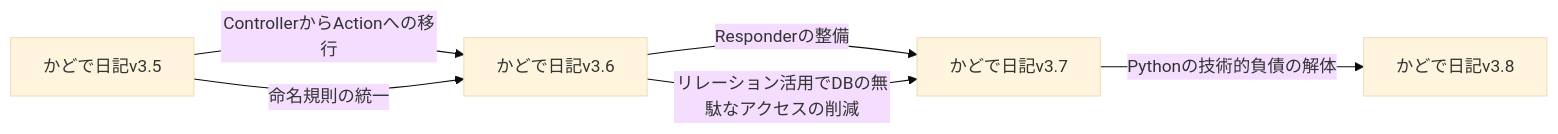
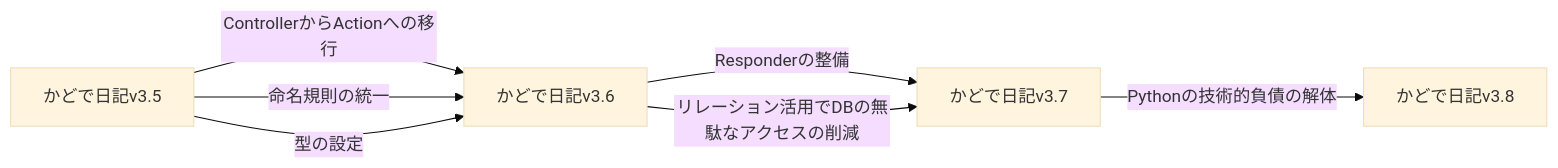
One commit to KadodeProject/kadode_nikki3 changed the first of 2 diagrams in README.md. Above: the diagram before and after it, drawn with Mermaid (base theme). The commit also changed other lines of this file and 3 other files, not shown here.

````diff
--- a/README.md
+++ b/README.md
@@ -47,8 +47,9 @@
 ```mermaid
 flowchart LR
     A[かどで日記v3.5]-->|ControllerからActionへの移行|B[かどで日記v3.6]
     A-->|命名規則の統一|B
+    A-->|型の設定|B
     B-->|Responderの整備|C[かどで日記v3.7]
     B-->|リレーション活用でDBの無駄なアクセスの削減|C
     C-->|Pythonの技術的負債の解体|D[かどで日記v3.8]
 ```
````
